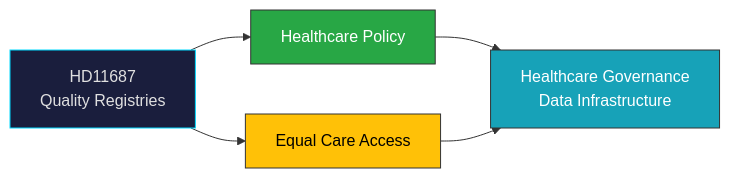
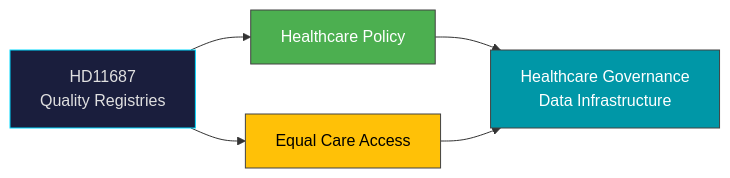
Before and after one commit to Hack23/riksdagsmonitor: the diagram in analysis/daily/2026-04-08/realtime-1027/documents/hd11687-analysis.md, drawn with Mermaid. The commit also changed 785 other files, not shown here.

First line of the commit message:
Normalize mermaid colors across 786 analysis artifacts to ISMS Style Guide palette

````diff
--- a/analysis/daily/2026-04-08/realtime-1027/documents/hd11687-analysis.md
+++ b/analysis/daily/2026-04-08/realtime-1027/documents/hd11687-analysis.md
@@ -17,11 +17,11 @@
 ```mermaid
 graph LR
     A["HD11687<br/>Quality Registries"] --> B["Healthcare Policy"]
     A --> C["Equal Care Access"]
     B --> D["Healthcare Governance<br/>Data Infrastructure"]
     C --> D
     style A fill:#1a1e3d,stroke:#00d9ff,color:#e0e0e0
-    style B fill:#28a745,stroke:#333,color:#fff
-    style C fill:#ffc107,stroke:#333,color:#000
-    style D fill:#17a2b8,stroke:#333,color:#fff
+    style B fill:#4CAF50,stroke:#424242,color:#FFFFFF
+    style C fill:#FFC107,stroke:#424242,color:#000000
+    style D fill:#0097A7,stroke:#424242,color:#FFFFFF
 ```
````
